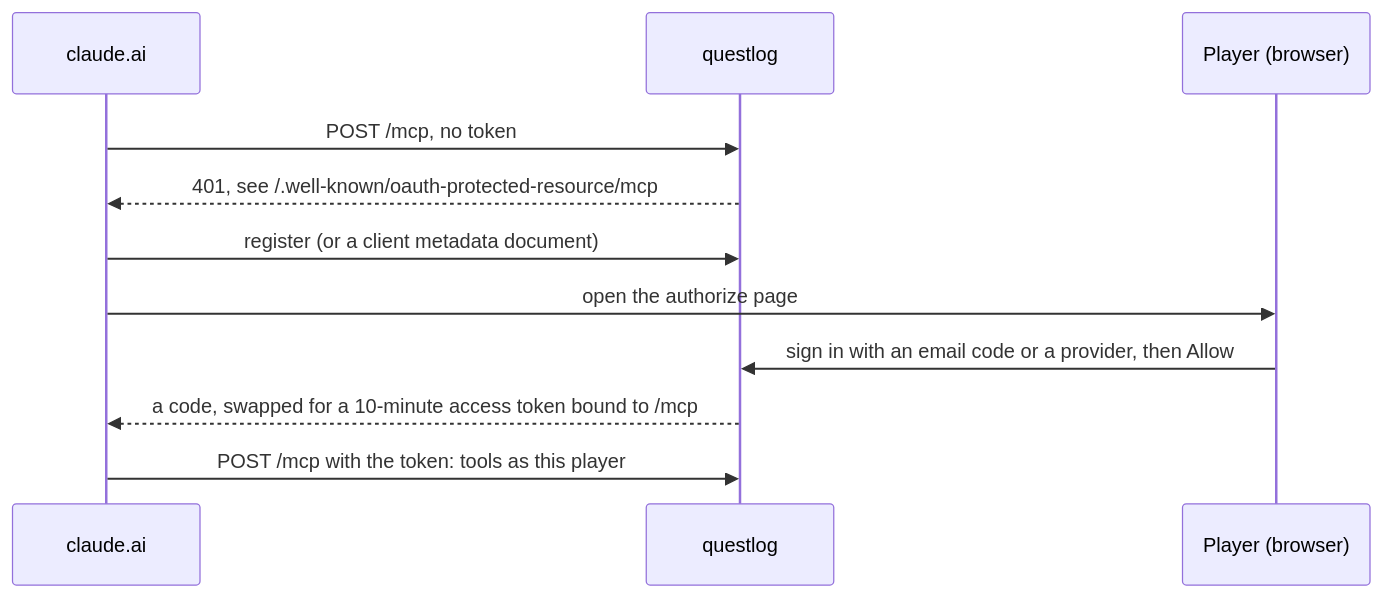
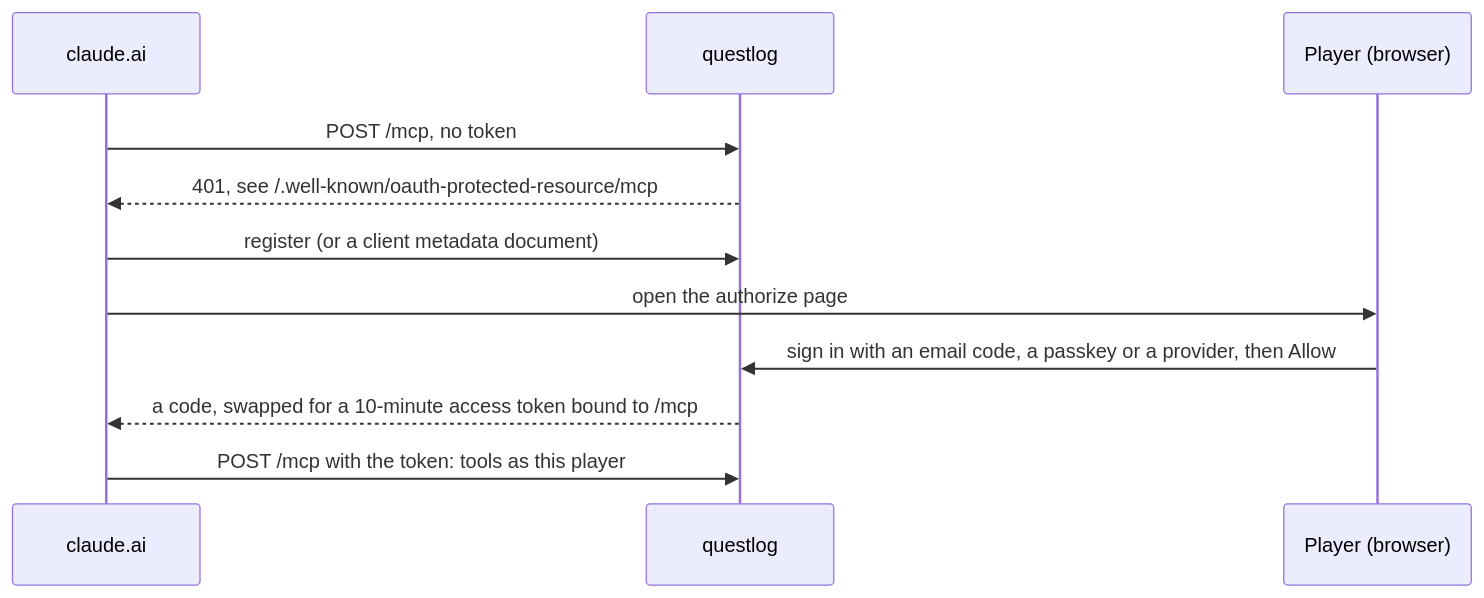
Before and after one commit to Marceltov/questlog: the diagram in docs/self-hosting/connect-claude.md, drawn with Mermaid. The commit also changed 23 other files, not shown here.

````diff
--- a/docs/self-hosting/connect-claude.md
+++ b/docs/self-hosting/connect-claude.md
@@ -5,13 +5,13 @@
 ```mermaid
 sequenceDiagram
   participant C as claude.ai
   participant Q as questlog
   participant P as Player (browser)
   C->>Q: POST /mcp, no token
   Q-->>C: 401, see /.well-known/oauth-protected-resource/mcp
   C->>Q: register (or a client metadata document)
   C->>P: open the authorize page
-  P->>Q: sign in with an email code or a provider, then Allow
+  P->>Q: sign in with an email code, a passkey or a provider, then Allow
   Q-->>C: a code, swapped for a 10-minute access token bound to /mcp
   C->>Q: POST /mcp with the token: tools as this player
 ```
````
